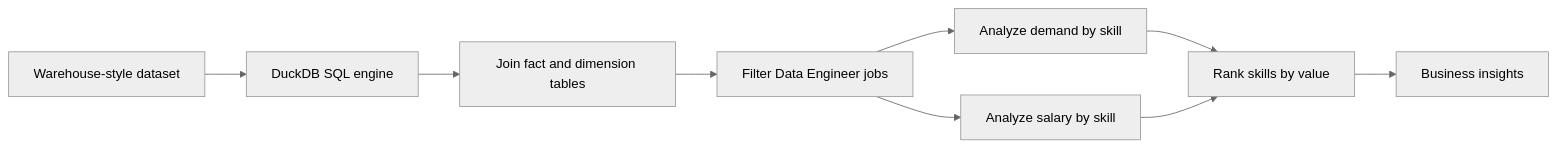
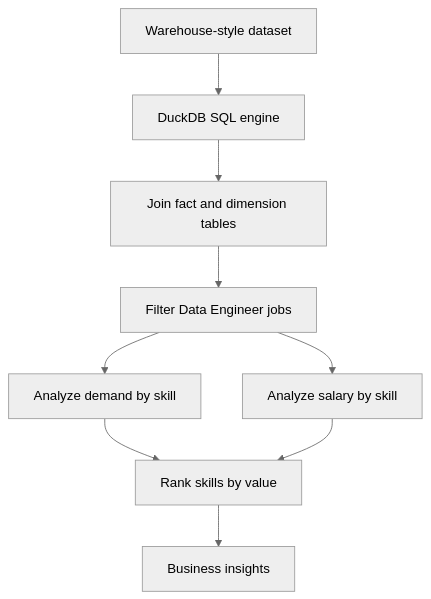
The diagram in README.md (Kathoni/Exploratory-Data-Analysis), drawn with Mermaid (neutral theme) before and after one commit.

Commit message:
Update workflow diagram direction in README for clarity

````diff
--- a/README.md
+++ b/README.md
@@ -53,11 +53,11 @@
 ```mermaid
-flowchart LR
+flowchart TD
     A[Warehouse-style dataset] --> B[DuckDB SQL engine]
     B --> C[Join fact and dimension tables]
     C --> D[Filter Data Engineer jobs]
     D --> E[Analyze demand by skill]
     D --> F[Analyze salary by skill]
     E --> G[Rank skills by value]
     F --> G
     G --> H[Business insights]
 ```
````
